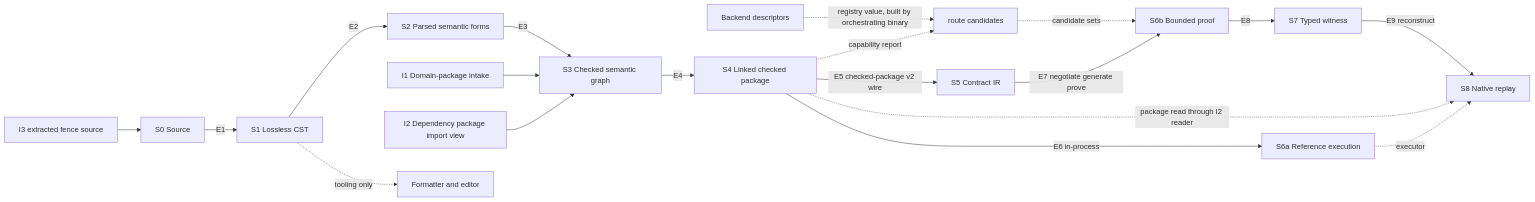
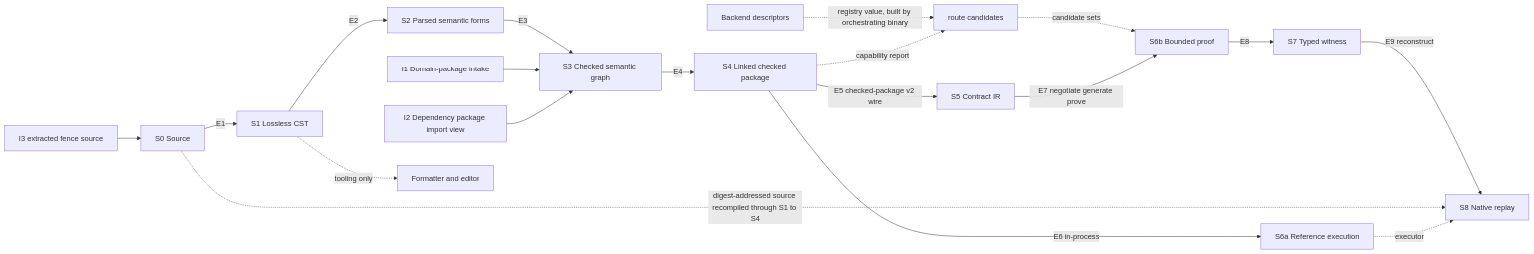
Before and after one commit to agent-ix/quire-spec-language: the first of 2 diagrams in spec/decisions/ADR-011-stage-dag-and-dependency-architecture.md, drawn with Mermaid. The commit also changed other lines of this file, not shown here.

Commit message:
ADR-011: apply ADR-013 answers; I2 yields VerifiedPackage and ImportView (Q209-8)

````diff
--- a/spec/decisions/ADR-011-stage-dag-and-dependency-architecture.md
+++ b/spec/decisions/ADR-011-stage-dag-and-dependency-architecture.md
@@ -143,21 +145,21 @@
 ```mermaid
 flowchart LR
   I3[I3 extracted fence source] --> S0
   S0[S0 Source] -->|E1| S1[S1 Lossless CST]
   S1 -->|E2| S2[S2 Parsed semantic forms]
   S2 -->|E3| S3[S3 Checked semantic graph]
   I1[I1 Domain-package intake] --> S3
   I2[I2 Dependency package import view] --> S3
   S3 -->|E4| S4[S4 Linked checked package]
   S4 -->|E5 checked-package v2 wire| S5[S5 Contract IR]
   S4 -->|E6 in-process| S6A[S6a Reference execution]
   D[Backend descriptors] -.->|registry value, built by orchestrating binary| R[route candidates]
   S4 -.->|capability report| R
   R -.->|candidate sets| S6B
   S5 -->|E7 negotiate generate prove| S6B[S6b Bounded proof]
   S6B -->|E8| S7[S7 Typed witness]
   S7 -->|E9 reconstruct| S8[S8 Native replay]
-  S4 -.->|package read through I2 reader| S8
+  S0 -.->|digest-addressed source recompiled through S1 to S4| S8
   S6A -.->|executor| S8
   S1 -.->|tooling only| T[Formatter and editor]
 ```
````
